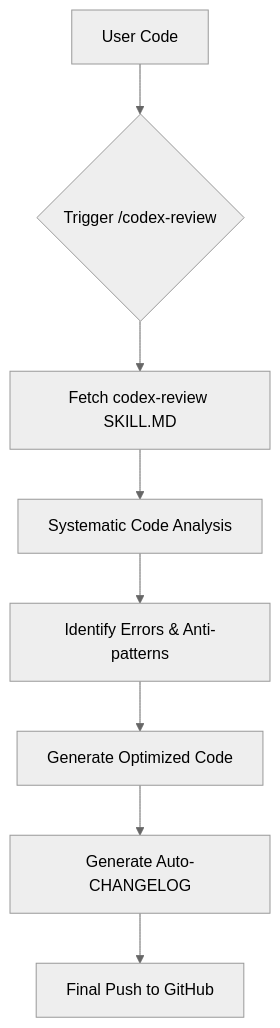
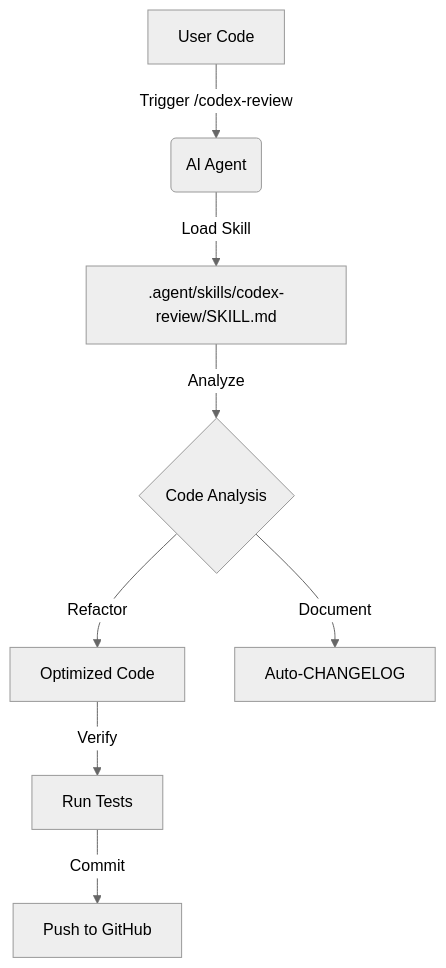
One commit to shobharatheesh/AITesterBlueprint_Projects changed the diagram in Project3_SkillsCreator/README.md. Above: the diagram before and after it, drawn with Mermaid (neutral theme). The commit also changed other lines of this file and 38 other files, not shown here.

````diff
--- a/Project3_SkillsCreator/README.md
+++ b/Project3_SkillsCreator/README.md
@@ -11,10 +18,10 @@
 ```mermaid
 graph TD
-    A[User Code] --> B{Trigger /codex-review}
-    B --> C[Fetch codex-review SKILL.MD]
-    C --> D[Systematic Code Analysis]
-    D --> E[Identify Errors & Anti-patterns]
-    E --> F[Generate Optimized Code]
-    F --> G[Generate Auto-CHANGELOG]
-    G --> H[Final Push to GitHub]
+    A[User Code] -->|Trigger /codex-review| B(AI Agent)
+    B -->|Load Skill| C[.agent/skills/codex-review/SKILL.md]
+    C -->|Analyze| D{Code Analysis}
+    D -->|Refactor| E[Optimized Code]
+    D -->|Document| F[Auto-CHANGELOG]
+    E -->|Verify| G[Run Tests]
+    G -->|Commit| H[Push to GitHub]
 ```
````
